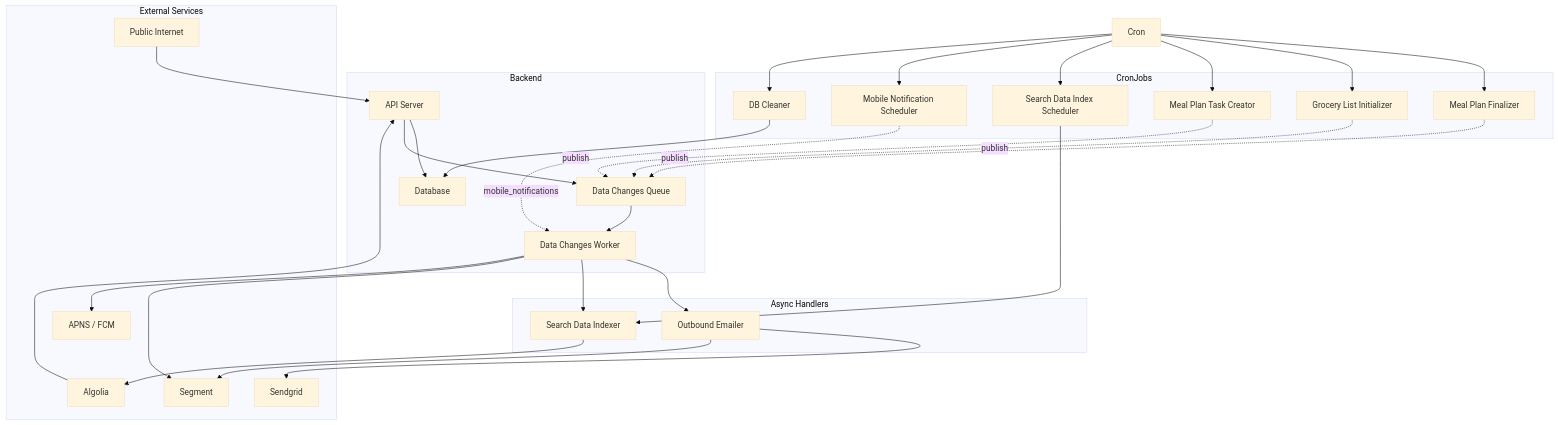
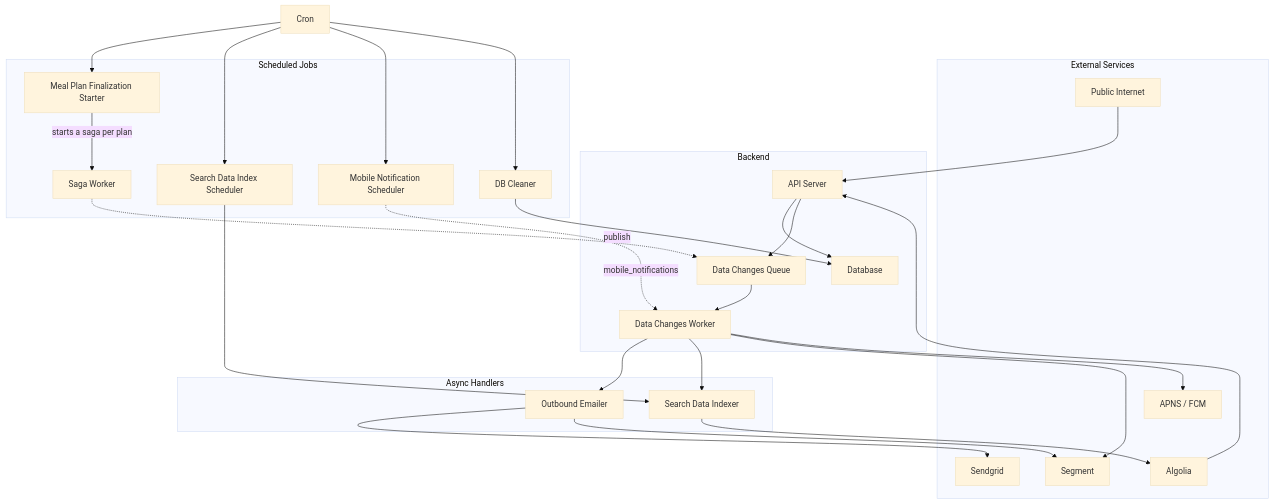
The diagram in backend/README.md (primandproper/dinnerdonebetter), drawn with Mermaid (base theme) before and after one commit. The commit also changed 72 other files, not shown here.

````diff
--- a/backend/README.md
+++ b/backend/README.md
@@ -102,60 +102,56 @@
 ```mermaid
 flowchart TB
     subgraph External["External Services"]
         PublicInternet["Public Internet"]
         Sendgrid["Sendgrid"]
         Segment["Segment"]
         Algolia["Algolia"]
         APNS["APNS / FCM"]
     end
 
     subgraph Backend["Backend"]
         APIServer["API Server"]
         Database["Database"]
         DataChangesQueue["Data Changes Queue"]
         DataChangesWorker["Data Changes Worker"]
     end
 
-    subgraph CronJobs["CronJobs"]
-        MealPlanFinalizer["Meal Plan Finalizer"]
-        MealPlanGroceryListInit["Grocery List Initializer"]
-        MealPlanTaskCreator["Meal Plan Task Creator"]
+    subgraph CronJobs["Scheduled Jobs"]
+        MealPlanFinalizationStarter["Meal Plan Finalization Starter"]
+        SagaWorker["Saga Worker"]
         SearchDataIndexScheduler["Search Data Index Scheduler"]
         MobileNotificationScheduler["Mobile Notification Scheduler"]
         DBCleaner["DB Cleaner"]
     end
 
     subgraph AsyncHandlers["Async Handlers"]
         OutboundEmailer["Outbound Emailer"]
         SearchDataIndexer["Search Data Indexer"]
     end
 
-    Cron["Cron"] --> MealPlanFinalizer
-    Cron --> MealPlanGroceryListInit
-    Cron --> MealPlanTaskCreator
+    Cron["Cron"] --> MealPlanFinalizationStarter
     Cron --> SearchDataIndexScheduler
     Cron --> MobileNotificationScheduler
     Cron --> DBCleaner
 
-    MealPlanFinalizer -.->|publish| DataChangesQueue
-    MealPlanGroceryListInit -.->|publish| DataChangesQueue
-    MealPlanTaskCreator -.->|publish| DataChangesQueue
+    MealPlanFinalizationStarter -->|starts a saga per plan| SagaWorker
+    SagaWorker -.->|publish| DataChangesQueue
 
     DataChangesQueue --> DataChangesWorker
     DataChangesWorker --> OutboundEmailer
     DataChangesWorker --> SearchDataIndexer
     DataChangesWorker --> Segment
 
     SearchDataIndexScheduler --> SearchDataIndexer
     MobileNotificationScheduler -.->|mobile_notifications| DataChangesWorker
     SearchDataIndexer --> Algolia
     OutboundEmailer --> Sendgrid
     OutboundEmailer --> Segment
     DataChangesWorker --> APNS
 
     DBCleaner --> Database
     APIServer --> Database
     APIServer --> DataChangesQueue
     Algolia --> APIServer
     PublicInternet --> APIServer
 ```
````
